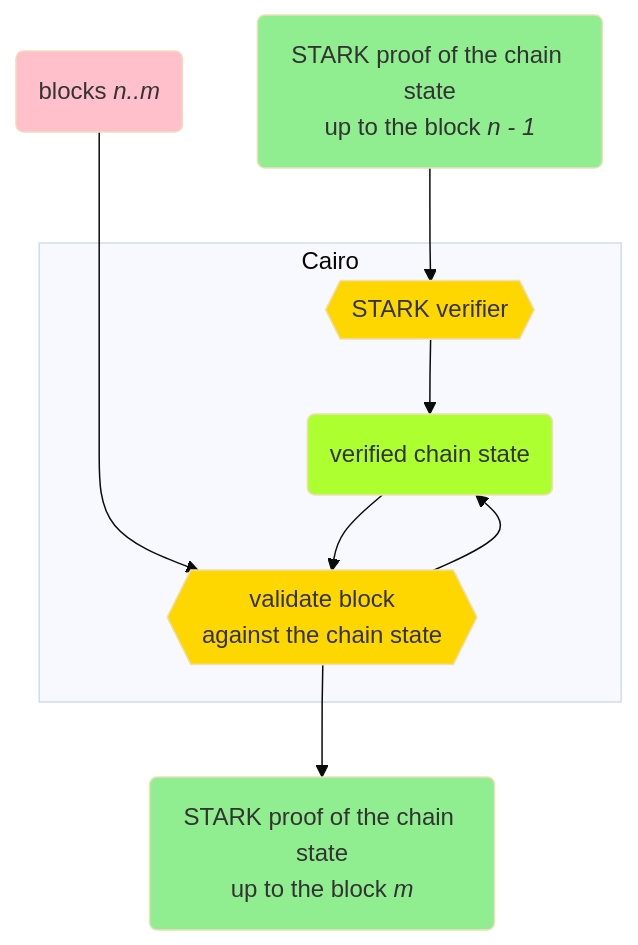
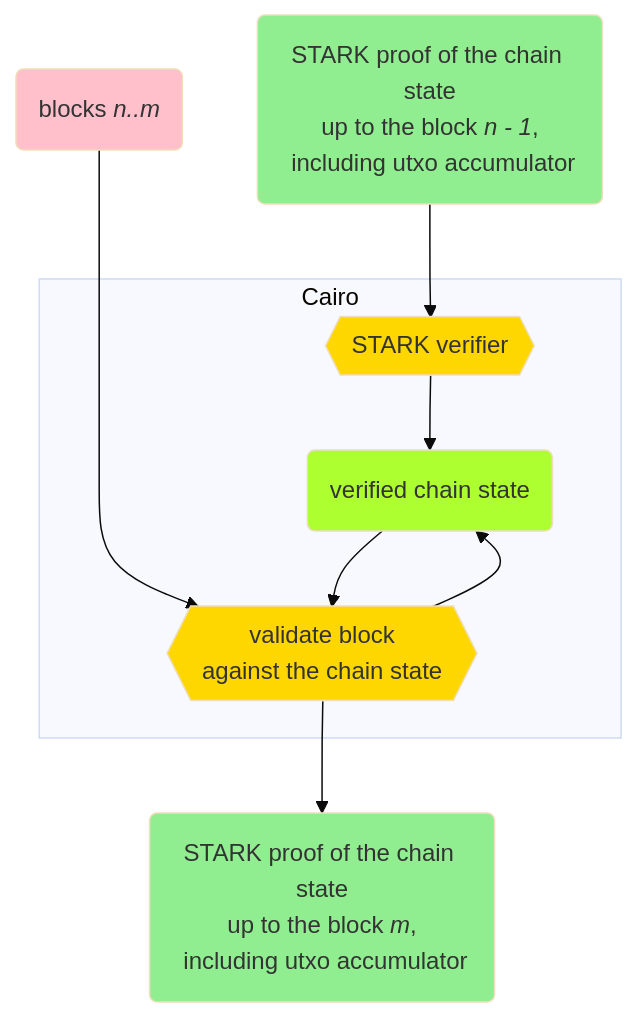
The diagram in README.md (keep-starknet-strange/raito), drawn with Mermaid (base theme) before and after one commit. The commit also changed other lines of this file and 11 other files, not shown here.

````diff
--- a/README.md
+++ b/README.md
@@ -18,20 +18,20 @@
 ```mermaid
 flowchart TB
-Pnm1(STARK proof of the chain state<br>up to the block <i>n - 1</i>) --> Vp(zk verifier)
+Pnm1(STARK proof of the chain state<br>up to the block <i>n - 1</i>,<br> including utxo accumulator) --> Vp(zk verifier)
 Bn(blocks <i>n..m</i>) ----> Vb
 
 subgraph Cairo
     Vp{{STARK verifier}}-->ChS(verified chain state)
     ChS --> Vb{{validate block<br>against the chain state}}
     Vb --> ChS
 end
 
-Vb --> Pn(STARK proof of the chain state<br>up to the block <i>m</i>)
+Vb --> Pn(STARK proof of the chain state<br>up to the block <i>m</i>,<br> including utxo accumulator)
 
 style Bn fill:pink
 style Pn fill:lightgreen
 style Pnm1 fill:lightgreen
 style ChS fill:greenyellow
 style Vp fill:gold
 style Vb fill:gold
 ```
````
